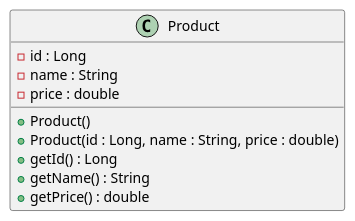
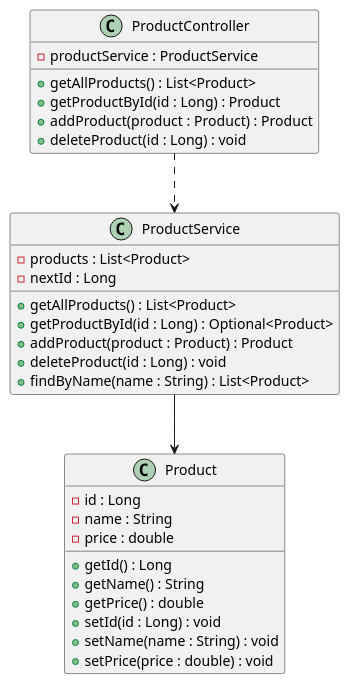
One commit to suprim-karki/Object_Oriented_Programming changed the diagram in Tutorial_2_and_above/products-api/docs/uml/Product.puml. Above: the diagram before and after it, drawn with PlantUML.

Commit message:
Tutorial 3: ProductService with List - four CRUD endpoints working

```diff
--- a/Tutorial_2_and_above/products-api/docs/uml/Product.puml
+++ b/Tutorial_2_and_above/products-api/docs/uml/Product.puml
@@ -1,13 +1,37 @@
 @startuml
 
-class Product{
+class Product {
     - id : Long
     - name : String
     - price : double
-    + Product()
-    + Product(id : Long, name : String, price : double)
     + getId() : Long
     + getName() : String
     + getPrice() : double
+    + setId(id : Long) : void
+    + setName(name : String) : void
+    + setPrice(price : double) : void
 }
+class ProductService {
+    - products : List<Product>
+    - nextId : Long
+    + getAllProducts() : List<Product>
+    + getProductById(id : Long) : Optional<Product>
+    + addProduct(product : Product) : Product
+    + deleteProduct(id : Long) : void
+    + findByName(name : String) : List<Product>
+}
+class ProductController {
+    - productService : ProductService
+    + getAllProducts() : List<Product>
+    + getProductById(id : Long) : Product
+    + addProduct(product : Product) : Product
+    + deleteProduct(id : Long) : void
+}
+
+' ..> is a dependency: DASHED line, open arrow
+ProductController ..> ProductService
+
+' --> is an association: SOLID line
+ProductService --> Product
+
 @enduml
```
